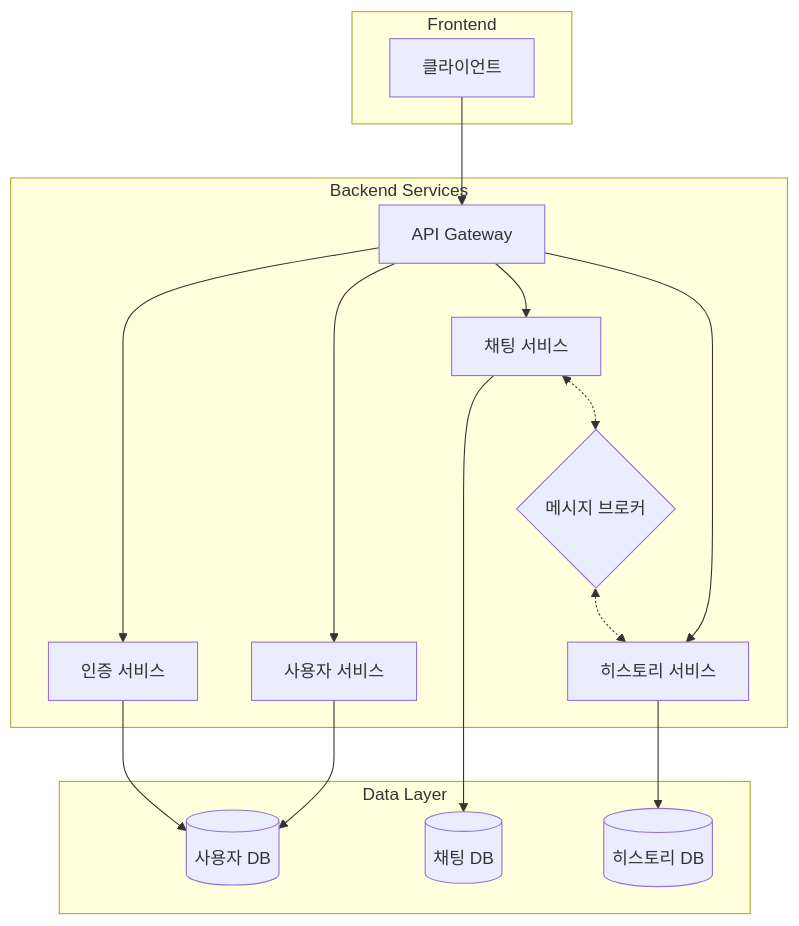
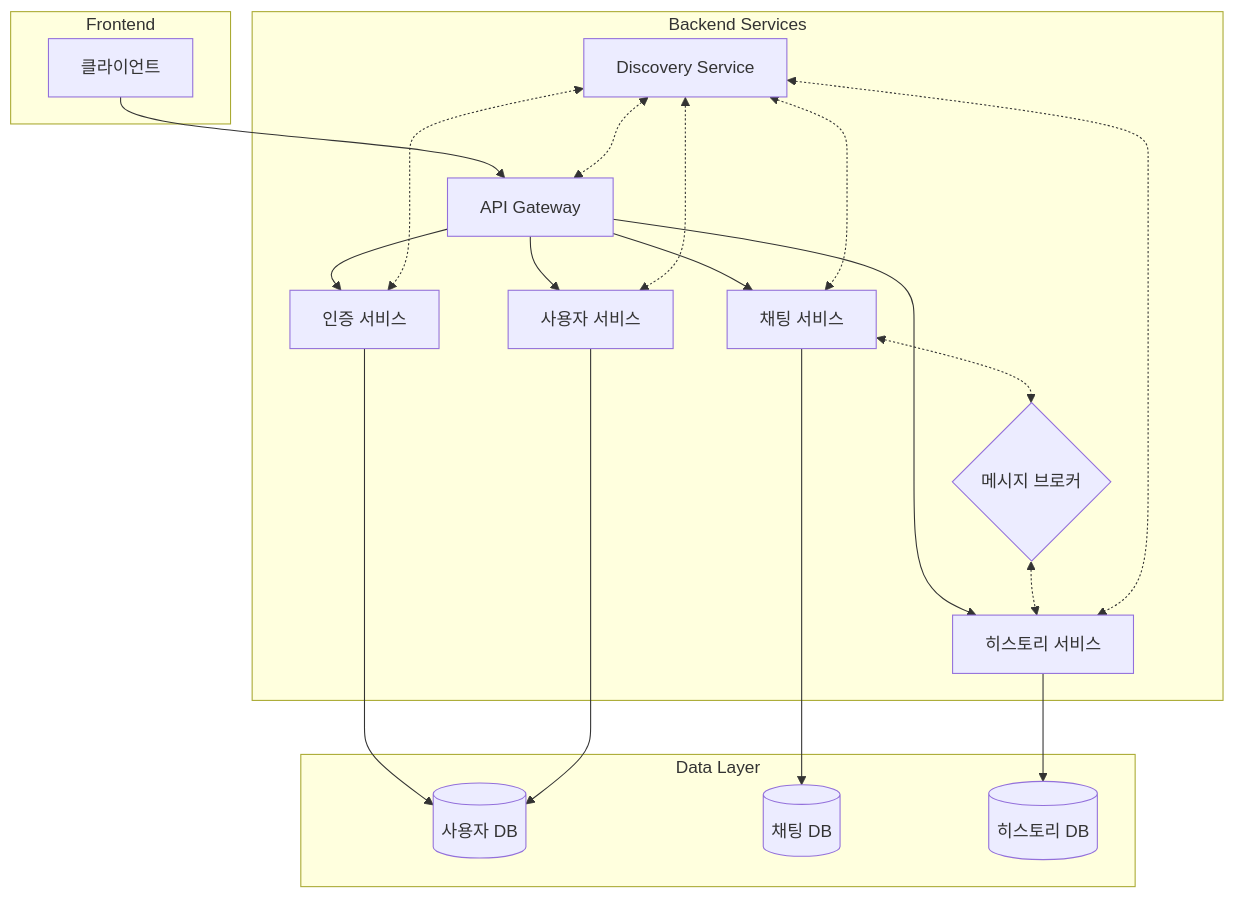
The first of 4 diagrams in README.md (sch0718/makestar), drawn with Mermaid before and after one commit. The commit also changed other lines of this file and 43 other files, not shown here.

````diff
--- a/README.md
+++ b/README.md
@@ -33,35 +33,42 @@
 ```mermaid
 graph TD
     Client[클라이언트] --> Gateway[API Gateway]
     Gateway --> AuthService[인증 서비스]
     Gateway --> UserService[사용자 서비스]
     Gateway --> ChatService[채팅 서비스]
     Gateway --> HistoryService[히스토리 서비스]
     
     AuthService --> UserDB[(사용자 DB)]
     UserService --> UserDB
     ChatService --> ChatDB[(채팅 DB)]
     HistoryService --> HistoryDB[(히스토리 DB)]
     
     ChatService <-.-> MessageBroker{메시지 브로커}
     MessageBroker <-.-> HistoryService
     
+    DiscoveryService[Discovery Service] <-.-> Gateway
+    DiscoveryService <-.-> AuthService
+    DiscoveryService <-.-> UserService
+    DiscoveryService <-.-> ChatService
+    DiscoveryService <-.-> HistoryService
+    
     subgraph "Frontend"
         Client
     end
     
     subgraph "Backend Services"
         Gateway
         AuthService
         UserService
         ChatService
         HistoryService
         MessageBroker
+        DiscoveryService
     end
     
     subgraph "Data Layer"
         UserDB
         ChatDB
         HistoryDB
     end
 ```
````
